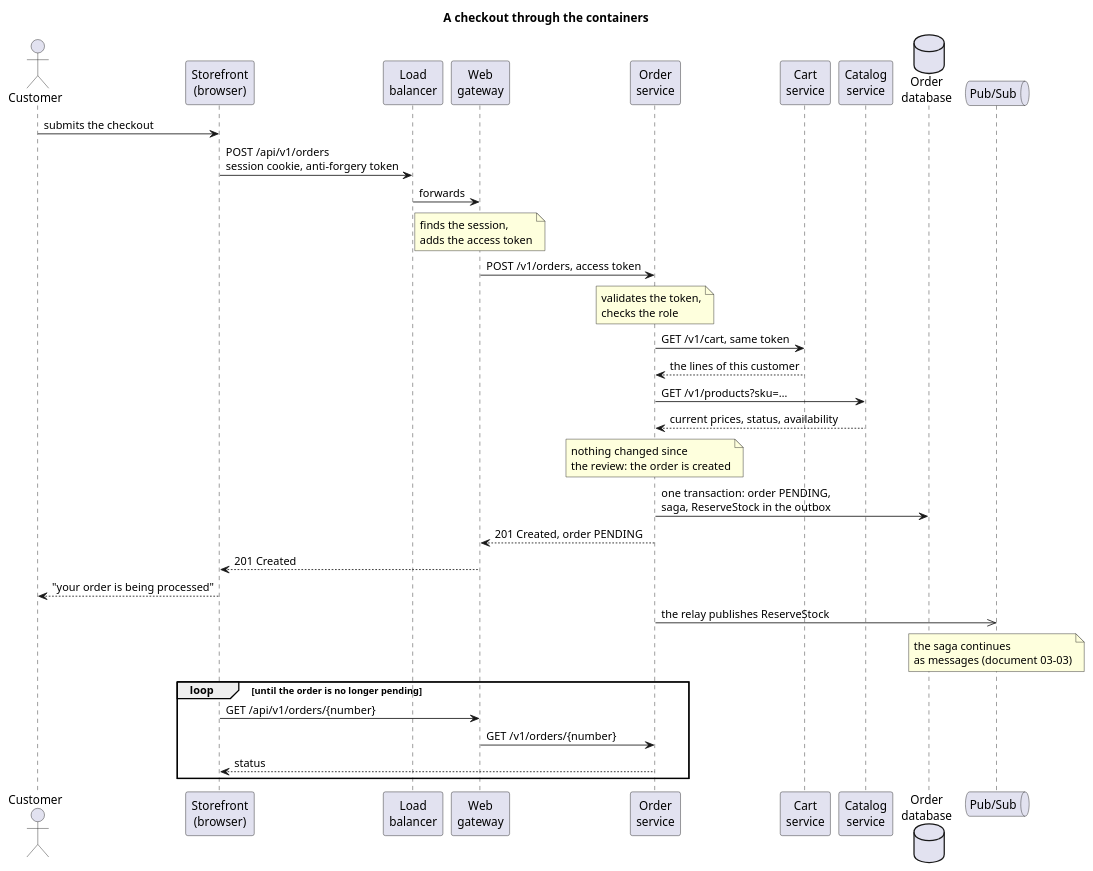
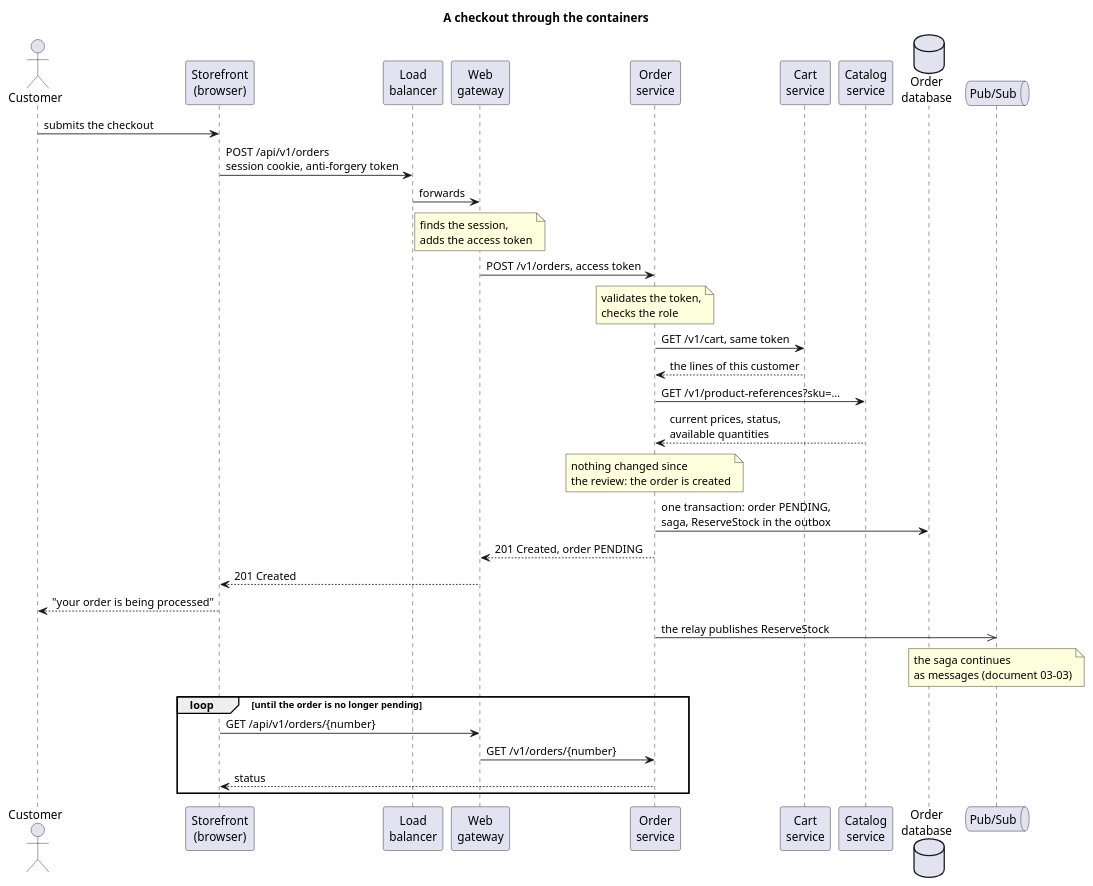
One commit to AxeloLabs/alten-commerce-platform changed the diagram in doc/2-spec/04-architecture/diagrams/c4-dynamic-checkout.puml. Above: the diagram before and after it, drawn with PlantUML. The commit also changed 12 other files, not shown here.

```diff
--- a/doc/2-spec/04-architecture/diagrams/c4-dynamic-checkout.puml
+++ b/doc/2-spec/04-architecture/diagrams/c4-dynamic-checkout.puml
@@ -1,35 +1,35 @@
 @startuml
 title A checkout through the containers
 actor Customer as C
 participant "Storefront\n(browser)" as SPA
 participant "Load\nbalancer" as LB
 participant "Web\ngateway" as GW
 participant "Order\nservice" as O
 participant "Cart\nservice" as K
 participant "Catalog\nservice" as CAT
 database "Order\ndatabase" as DB
 queue "Pub/Sub" as PS
 
 C -> SPA : submits the checkout
 SPA -> LB : POST /api/v1/orders\nsession cookie, anti-forgery token
 LB -> GW : forwards
 note over GW : finds the session,\nadds the access token
 GW -> O : POST /v1/orders, access token
 note over O : validates the token,\nchecks the role
 O -> K : GET /v1/cart, same token
 K --> O : the lines of this customer
-O -> CAT : GET /v1/products?sku=…
-CAT --> O : current prices, status, availability
+O -> CAT : GET /v1/product-references?sku=…
+CAT --> O : current prices, status,\navailable quantities
 note over O : nothing changed since\nthe review: the order is created
 O -> DB : one transaction: order PENDING,\nsaga, ReserveStock in the outbox
 O --> GW : 201 Created, order PENDING
 GW --> SPA : 201 Created
 SPA --> C : "your order is being processed"
 O ->> PS : the relay publishes ReserveStock
 note over PS : the saga continues\nas messages (document 03-03)
 loop until the order is no longer pending
   SPA -> GW : GET /api/v1/orders/{number}
   GW -> O : GET /v1/orders/{number}
   O --> SPA : status
 end
 @enduml
```
